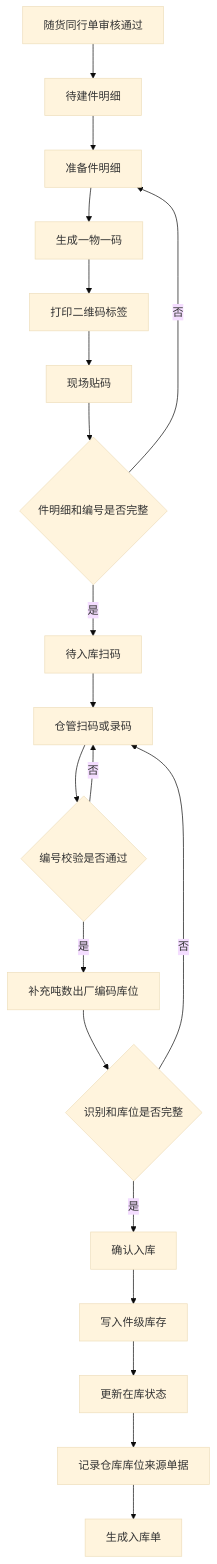
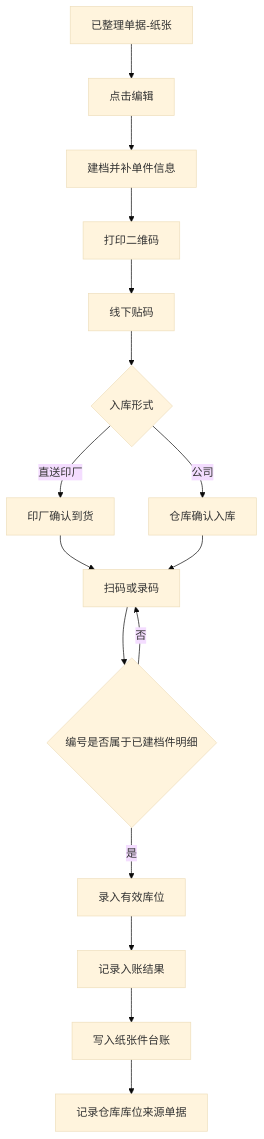
Before and after one commit to 22816523/math-kids: the first of 2 diagrams in 3-纸张管理扫码出入库/纸张管理迭代需求文档_2026-03-18.md, drawn with Mermaid (base theme). The commit also changed other lines of this file and 2 other files, not shown here.

````diff
--- a/3-纸张管理扫码出入库/纸张管理迭代需求文档_2026-03-18.md
+++ b/3-纸张管理扫码出入库/纸张管理迭代需求文档_2026-03-18.md
@@ -295,22 +187,18 @@
 ```mermaid
 graph TD
-A[随货同行单审核通过] --> B[待建件明细]
-B --> C[准备件明细]
-C --> D[生成一物一码]
-D --> E[打印二维码标签]
-E --> F[现场贴码]
-F --> G{件明细和编号是否完整}
-G -->|否| C
-G -->|是| H[待入库扫码]
-H --> I[仓管扫码或录码]
-I --> J{编号校验是否通过}
+A["已整理单据-纸张"] --> B["点击编辑"]
+B --> C["建档并补单件信息"]
+C --> D["打印二维码"]
+D --> E["线下贴码"]
+E --> F{"入库形式"}
+F -->|直送印厂| G["印厂确认到货"]
+F -->|公司| H["仓库确认入库"]
+G --> I["扫码或录码"]
+H --> I
+I --> J{"编号是否属于已建档件明细"}
 J -->|否| I
-J -->|是| K[补充吨数出厂编码库位]
-K --> L{识别和库位是否完整}
-L -->|否| I
-L -->|是| M[确认入库]
-M --> N[写入件级库存]
-N --> O[更新在库状态]
-O --> P[记录仓库库位来源单据]
-P --> Q[生成入库单]
+J -->|是| K["录入有效库位"]
+K --> L["记录入账结果"]
+L --> M["写入纸张件台账"]
+M --> N["记录仓库库位来源单据"]
 ```
````
